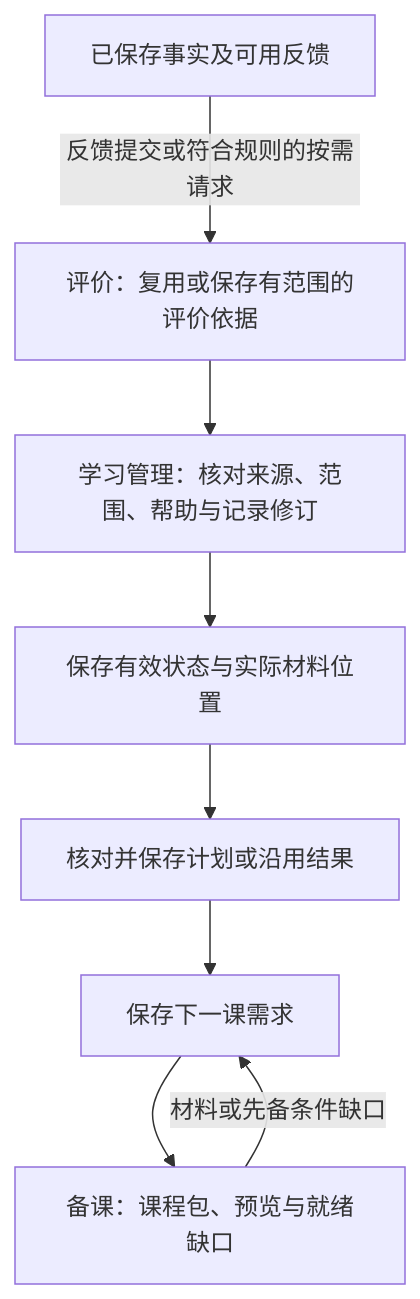
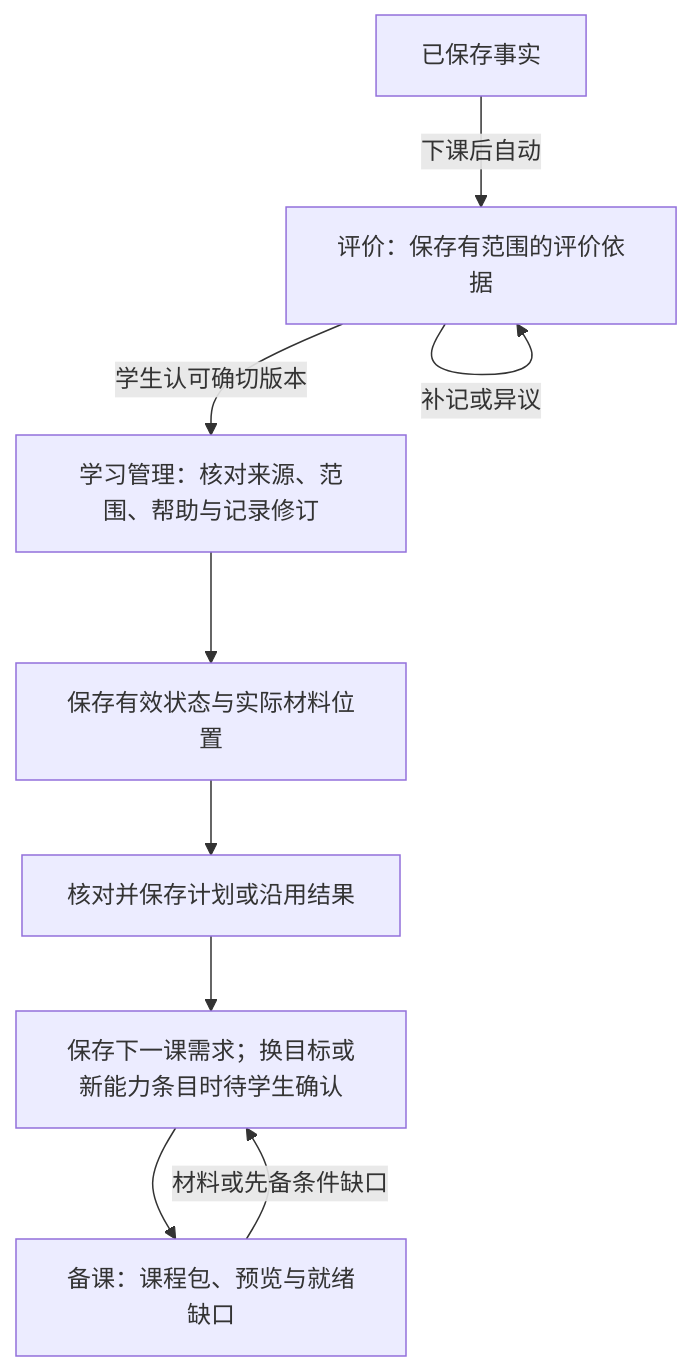
One commit to AltairEven/ProjectJ changed the diagram in design/learning/updates.md. Above: the diagram before and after it, drawn with Mermaid. The commit also changed other lines of this file and 118 other files, not shown here.

````diff
--- a/design/learning/updates.md
+++ b/design/learning/updates.md
@@ -11,10 +11,11 @@
 ```mermaid
 flowchart TD
-    A[已保存事实及可用反馈] -->|反馈提交或符合规则的按需请求| B[评价：复用或保存有范围的评价依据]
-    B --> C[学习管理：核对来源、范围、帮助与记录修订]
+    A[已保存事实] -->|下课后自动| B[评价：保存有范围的评价依据]
+    B -->|补记或异议| B
+    B -->|学生认可确切版本| C[学习管理：核对来源、范围、帮助与记录修订]
     C --> D[保存有效状态与实际材料位置]
     D --> E[核对并保存计划或沿用结果]
-    E --> F[保存下一课需求]
+    E --> F[保存下一课需求；换目标或新能力条目时待学生确认]
     F --> G[备课：课程包、预览与就绪缺口]
     G -->|材料或先备条件缺口| F
 ```
````
